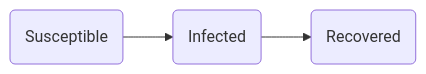
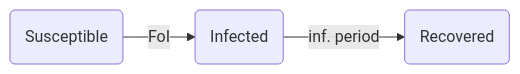
Before and after one commit to CDCgov/ixa: the diagram in examples/basic_infection/README.md, drawn with Mermaid. The commit also changed other lines of this file, not shown here.

````diff
--- a/examples/basic_infection/README.md
+++ b/examples/basic_infection/README.md
@@ -15,4 +24,4 @@
 ```mermaid
 flowchart LR
-A(Susceptible) --> B(Infected) --> C(Recovered)
+S(Susceptible) --FoI--> I(Infected) --inf. period--> R(Recovered)
 ```
````
